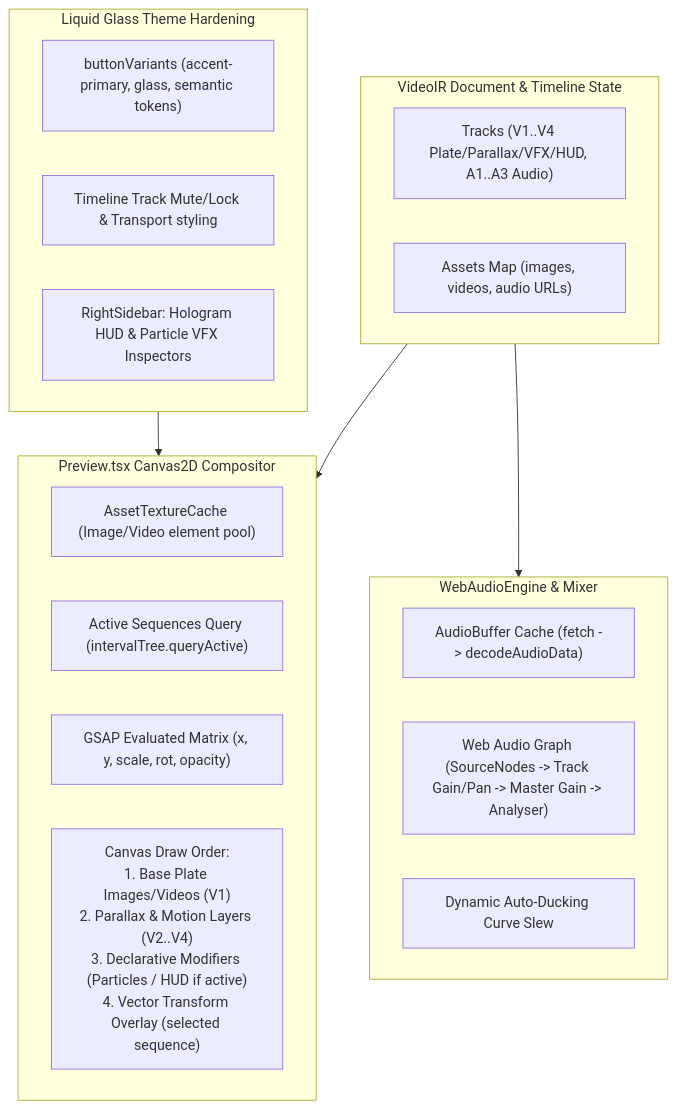
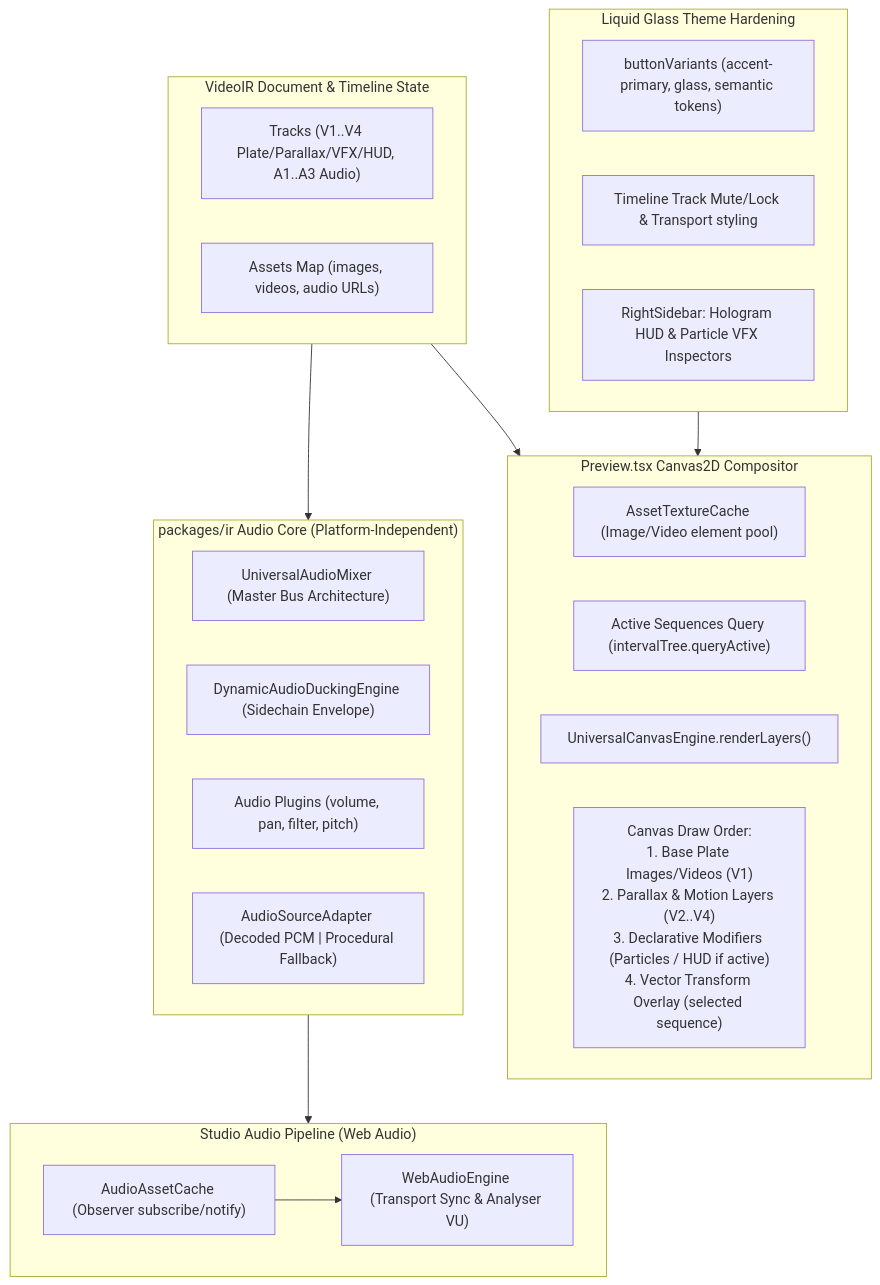
The diagram in docs/master_integration_plan_iteration8.md (tamanle23/acc), drawn with Mermaid before and after one commit. The commit also changed other lines of this file, not shown here.

Commit message:
[248] docs(plan): update Phase 3 specifications in master_integration_plan_iteration8 with grill-me decisions

````diff
--- a/docs/master_integration_plan_iteration8.md
+++ b/docs/master_integration_plan_iteration8.md
@@ -26,30 +26,38 @@
 ```mermaid
 flowchart TD
     subgraph VideoIR_State ["VideoIR Document & Timeline State"]
         Tracks["Tracks (V1..V4 Plate/Parallax/VFX/HUD, A1..A3 Audio)"]
         Assets["Assets Map (images, videos, audio URLs)"]
     end
 
     subgraph Preview_Compositor ["Preview.tsx Canvas2D Compositor"]
         TextureCache["AssetTextureCache (Image/Video element pool)"]
         ActiveSeqs["Active Sequences Query (intervalTree.queryActive)"]
-        TransformCalc["GSAP Evaluated Matrix (x, y, scale, rot, opacity)"]
+        UCE["UniversalCanvasEngine.renderLayers()"]
         DrawPass["Canvas Draw Order:\n1. Base Plate Images/Videos (V1)\n2. Parallax & Motion Layers (V2..V4)\n3. Declarative Modifiers (Particles / HUD if active)\n4. Vector Transform Overlay (selected sequence)"]
     end
 
-    subgraph Audio_Pipeline ["WebAudioEngine & Mixer"]
-        AudioBufferCache["AudioBuffer Cache (fetch -> decodeAudioData)"]
-        MixerGraph["Web Audio Graph (SourceNodes -> Track Gain/Pan -> Master Gain -> Analyser)"]
-        DynamicDucking["Dynamic Auto-Ducking Curve Slew"]
+    subgraph IR_Audio_Core ["packages/ir Audio Core (Platform-Independent)"]
+        UAM["UniversalAudioMixer (Master Bus Architecture)"]
+        DME["DynamicAudioDuckingEngine (Sidechain Envelope)"]
+        Plugins["Audio Plugins (volume, pan, filter, pitch)"]
+        Adapter["AudioSourceAdapter (Decoded PCM | Procedural Fallback)"]
+    end
+
+    subgraph Studio_Audio ["Studio Audio Pipeline (Web Audio)"]
+        AudioAssetCache["AudioAssetCache (Observer subscribe/notify)"]
+        WebAudioEngine["WebAudioEngine (Transport Sync & Analyser VU)"]
     end
 
     subgraph UI_UX ["Liquid Glass Theme Hardening"]
         ButtonVariants["buttonVariants (accent-primary, glass, semantic tokens)"]
         TimelineControls["Timeline Track Mute/Lock & Transport styling"]
         RightSidebarPanels["RightSidebar: Hologram HUD & Particle VFX Inspectors"]
     end
 
     VideoIR_State --> Preview_Compositor
-    VideoIR_State --> Audio_Pipeline
+    VideoIR_State --> IR_Audio_Core
+    IR_Audio_Core --> Studio_Audio
+    AudioAssetCache --> WebAudioEngine
     UI_UX --> Preview_Compositor
 ```
````
